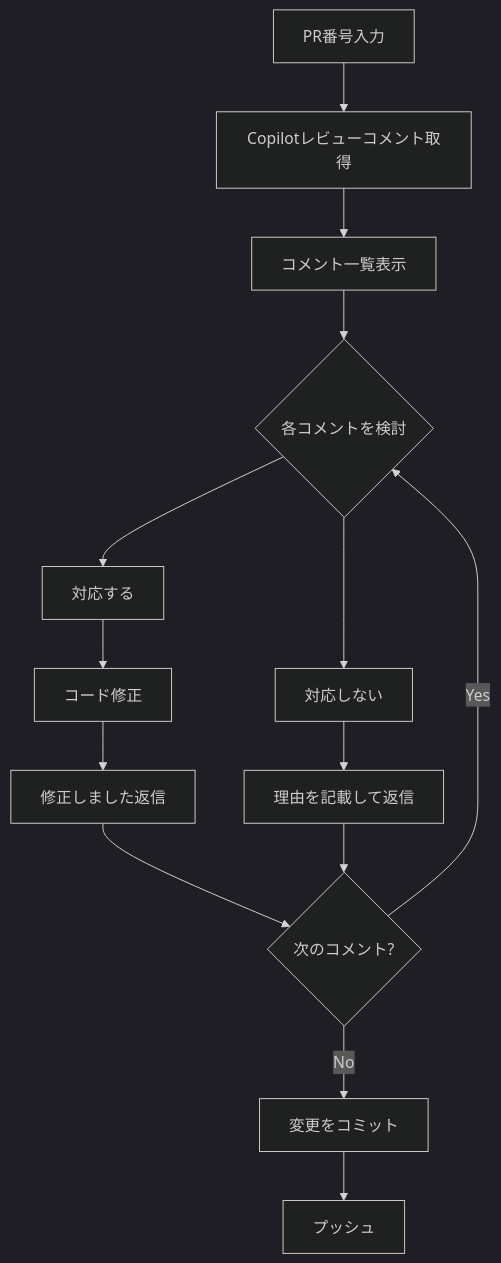
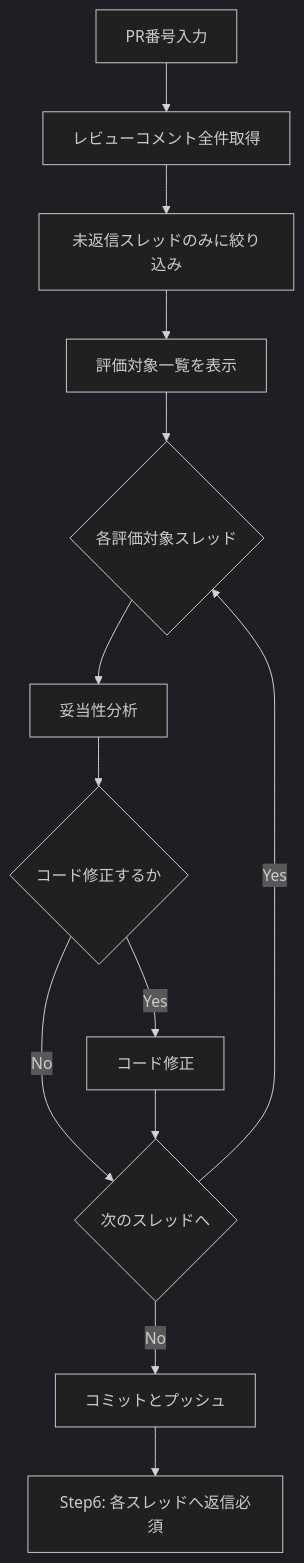
The diagram in canonical/commands/review/copilot-review-response.md (stlwolf/ai-development-hub), drawn with Mermaid (dark theme) before and after one commit. The commit also changed other lines of this file and 1 other file, not shown here.

````diff
--- a/canonical/commands/review/copilot-review-response.md
+++ b/canonical/commands/review/copilot-review-response.md
@@ -18,16 +43,15 @@
 ```mermaid
 flowchart TD
-    A[PR番号入力] --> B[Copilotレビューコメント取得]
-    B --> C[コメント一覧表示]
-    C --> D{各コメントを検討}
-    D --> E[対応する]
-    D --> F[対応しない]
-    E --> G[コード修正]
-    G --> H[修正しました返信]
-    F --> I[理由を記載して返信]
-    H --> J{次のコメント?}
-    I --> J
+    A[PR番号入力] --> B[レビューコメント全件取得]
+    B --> F[未返信スレッドのみに絞り込み]
+    F --> C[評価対象一覧を表示]
+    C --> D{各評価対象スレッド}
+    D --> E[妥当性分析]
+    E --> G{コード修正するか}
+    G -->|Yes| H[コード修正]
+    G -->|No| J{次のスレッドへ}
+    H --> J
     J -->|Yes| D
-    J -->|No| K[変更をコミット]
-    K --> L[プッシュ]
+    J -->|No| K[コミットとプッシュ]
+    K --> L["Step6: 各スレッドへ返信必須"]
 ```
````
